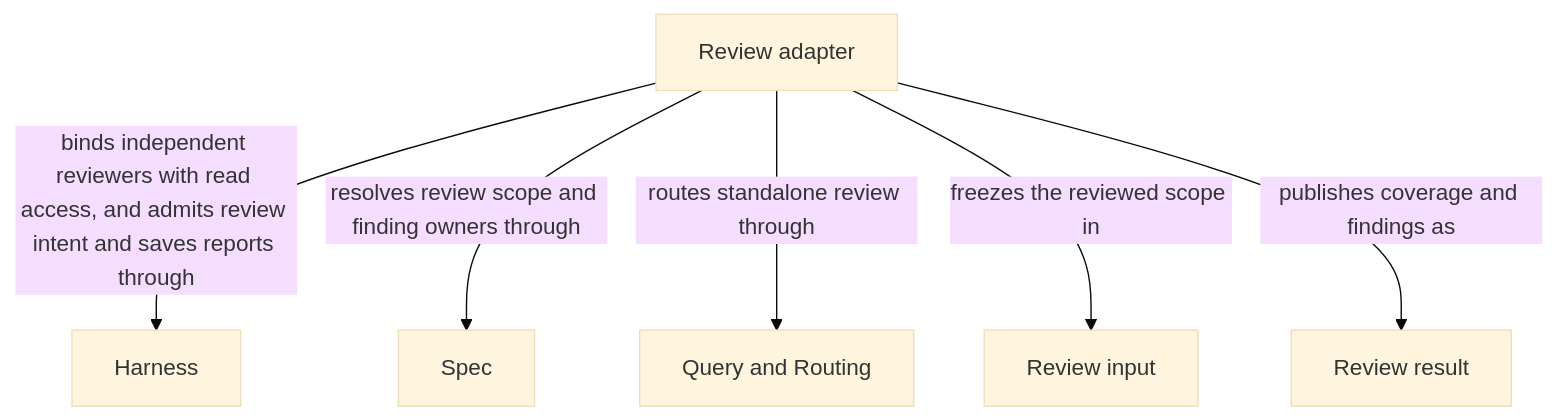
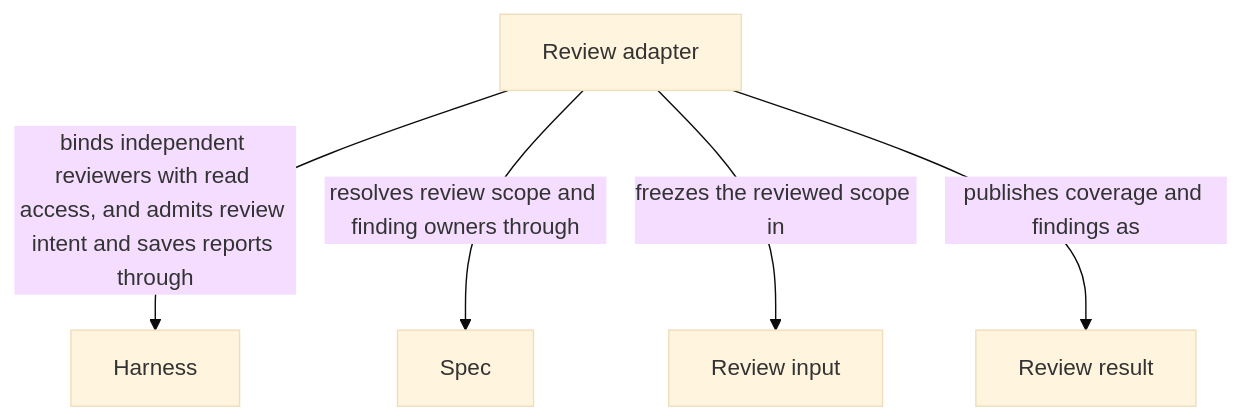
The diagram in specs/concorde/review/module.md (FTOD/concorde), drawn with Mermaid (base theme) before and after one commit. The commit also changed other lines of this file and 276 other files, not shown here.

````diff
--- a/specs/concorde/review/module.md
+++ b/specs/concorde/review/module.md
@@ -88,16 +87,14 @@
 ```mermaid
 flowchart TB
     accTitle: Review entities and dependencies
-    accDescr: Review routes unbound tasks, resolves current review scope and finding owners, binds independent read-only reviewers and publishes coverage and findings through the host.
+    accDescr: Review validates the selected target, resolves current review scope and finding owners, binds independent read-only reviewers and publishes coverage and findings through the host.
     e0["Review adapter"]
     e2["Harness"]
     e3["Spec"]
-    e4["Query and Routing"]
     e0 -->|binds independent reviewers with read access, and admits review intent and saves reports through| e2
     e0 -->|resolves review scope and finding owners through| e3
-    e0 -->|routes standalone review through| e4
     domain_review_input["Review input"]
     e0 -->|freezes the reviewed scope in| domain_review_input
     domain_result["Review result"]
     e0 -->|publishes coverage and findings as| domain_result
 ```
````
